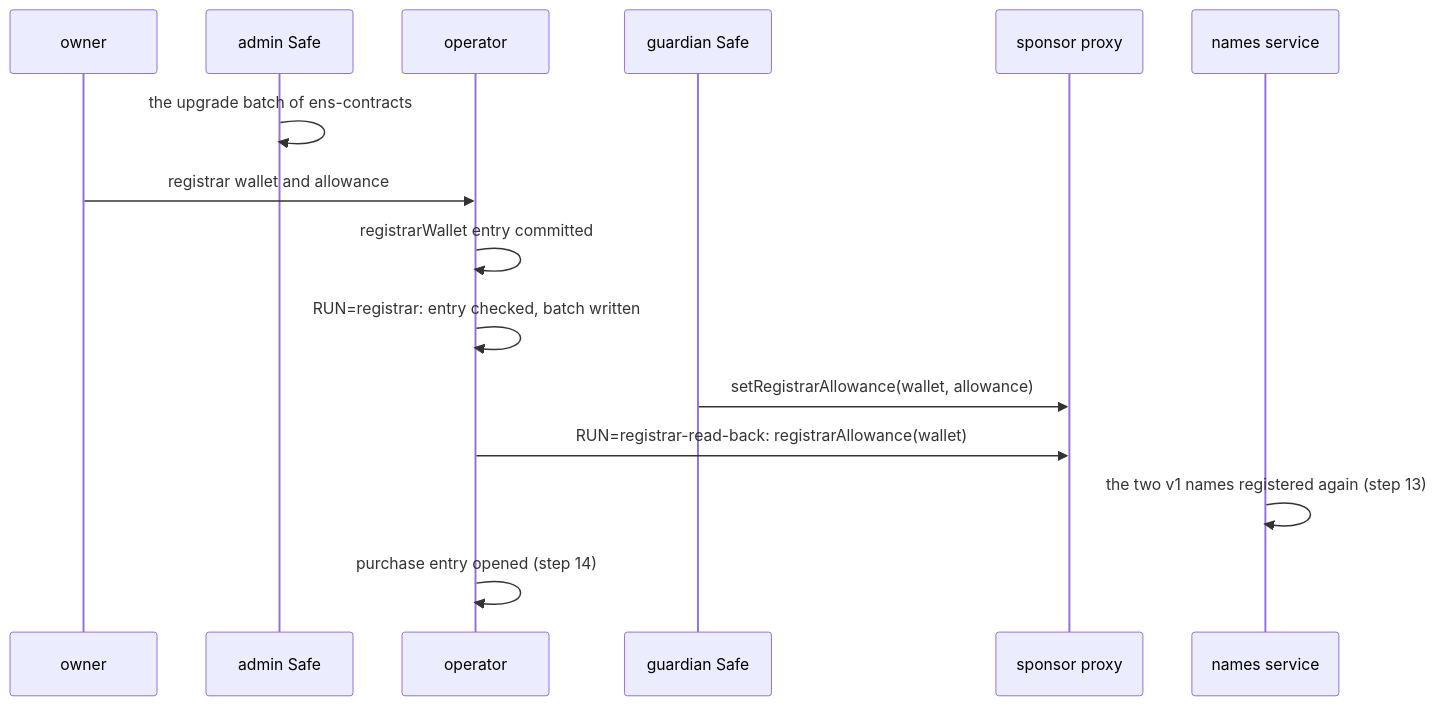
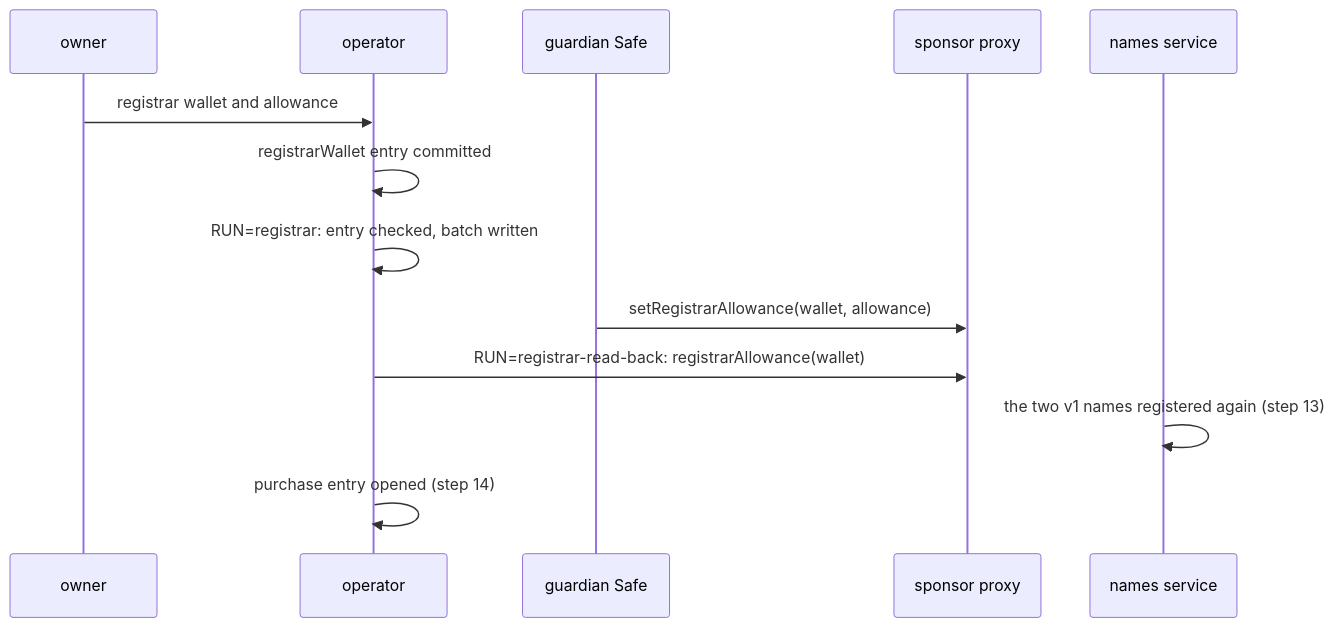
One commit to brenzi-agent/simplex-namespace-contract changed the third of 7 diagrams in docs/deployment.md. Above: the diagram before and after it, drawn with Mermaid. The commit also changed other lines of this file and 2 other files, not shown here.

Commit message:
docs: registrar step after run 2, without a wait for #51's upgrade

````diff
--- a/docs/deployment.md
+++ b/docs/deployment.md
@@ -845,17 +843,15 @@
 ```mermaid
 sequenceDiagram
   participant W as owner
-  participant A as admin Safe
   participant O as operator
   participant G as guardian Safe
   participant S as sponsor proxy
   participant N as names service
-  A->>A: the upgrade batch of ens-contracts#51, executed
   W->>O: registrar wallet and allowance
   O->>O: registrarWallet entry committed
   O->>O: RUN=registrar: entry checked, batch written
   G->>S: setRegistrarAllowance(wallet, allowance)
   O->>S: RUN=registrar-read-back: registrarAllowance(wallet)
   N->>N: the two v1 names registered again (step 13)
   O->>O: purchase entry opened (step 14)
 ```
````
